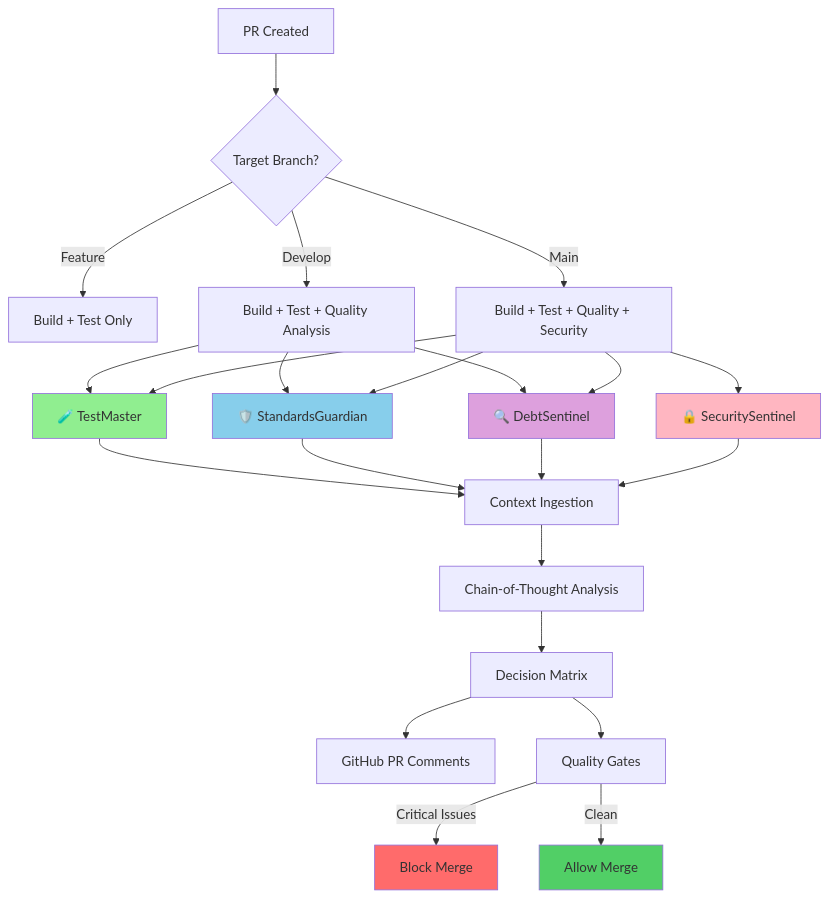
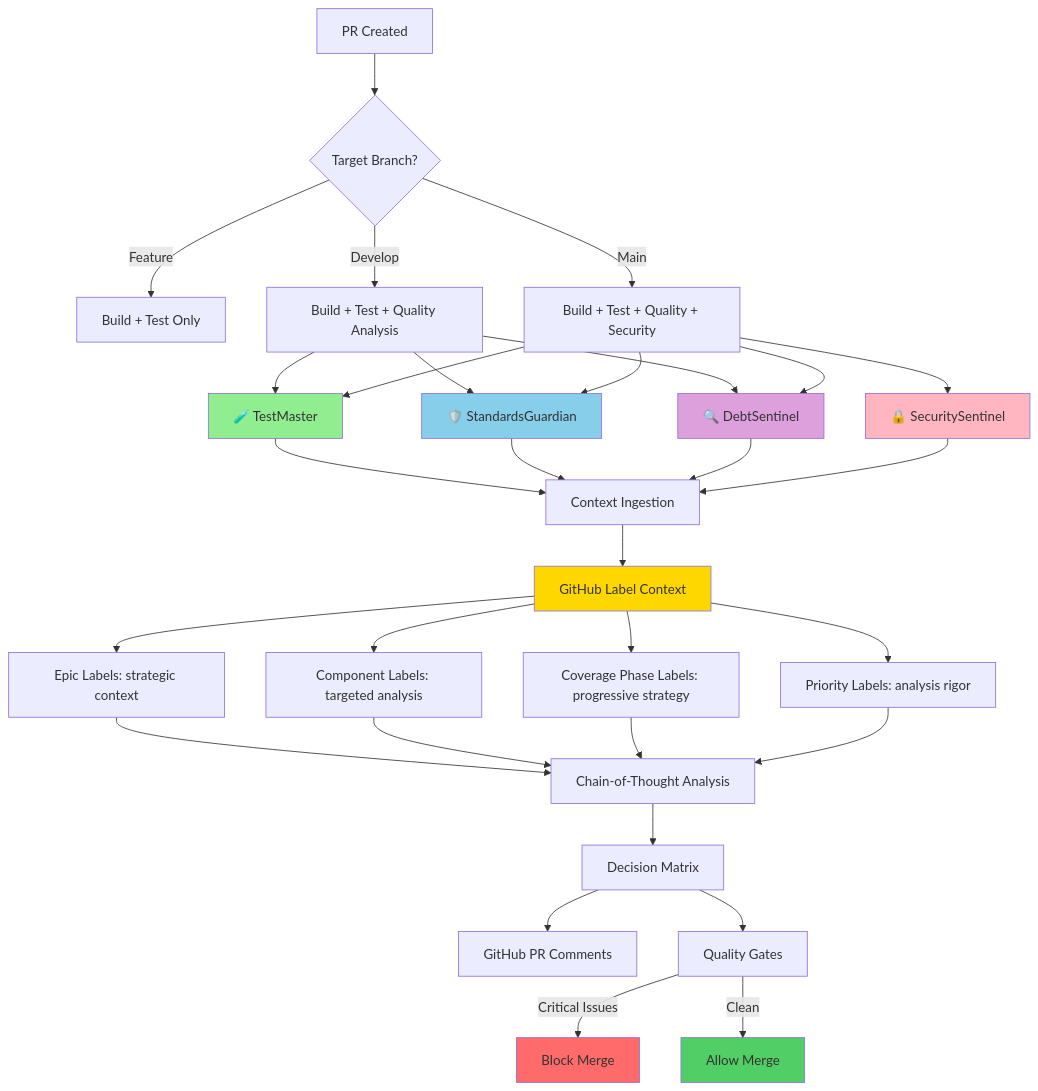
One commit to Zarichney-Development/zarichney-api changed the diagram in .github/prompts/README.md. Above: the diagram before and after it, drawn with Mermaid. The commit also changed other lines of this file and 4 other files, not shown here.

````diff
--- a/.github/prompts/README.md
+++ b/.github/prompts/README.md
@@ -44,36 +52,47 @@
 ```mermaid
 graph TD
     A[PR Created] --> B{Target Branch?}
     B -->|Feature| C[Build + Test Only]
     B -->|Develop| D[Build + Test + Quality Analysis]
     B -->|Main| E[Build + Test + Quality + Security]
     
     D --> F[🧪 TestMaster]
     D --> G[🛡️ StandardsGuardian] 
     D --> H[🔍 DebtSentinel]
     
     E --> F
     E --> G
     E --> H
     E --> I[🔒 SecuritySentinel]
     
     F --> J[Context Ingestion]
     G --> J
     H --> J
     I --> J
     
-    J --> K[Chain-of-Thought Analysis]
+    J --> J1[GitHub Label Context]
+    J1 --> J2[Epic Labels: strategic context]
+    J1 --> J3[Component Labels: targeted analysis]
+    J1 --> J4[Coverage Phase Labels: progressive strategy]
+    J1 --> J5[Priority Labels: analysis rigor]
+    
+    J2 --> K[Chain-of-Thought Analysis]
+    J3 --> K
+    J4 --> K
+    J5 --> K
+    
     K --> L[Decision Matrix]
     L --> M[GitHub PR Comments]
     L --> N[Quality Gates]
     
     N -->|Critical Issues| O[Block Merge]
     N -->|Clean| P[Allow Merge]
     
     style F fill:#90EE90
     style G fill:#87CEEB
     style H fill:#DDA0DD
     style I fill:#FFB6C1
+    style J1 fill:#FFD700
     style O fill:#FF6B6B
     style P fill:#51CF66
 ```
````
